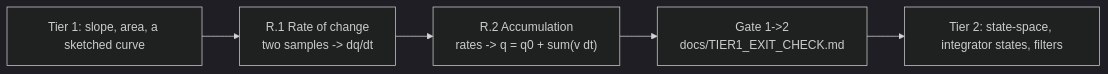
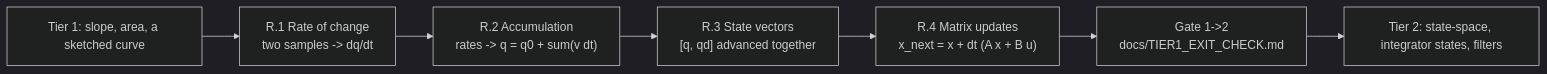
One commit to TLE47/Mechatronics-Roadmap changed the diagram in ramp/README.md. Above: the diagram before and after it, drawn with Mermaid (dark theme). The commit also changed other lines of this file and 11 other files, not shown here.

````diff
--- a/ramp/README.md
+++ b/ramp/README.md
@@ -9,7 +9,9 @@
 ```mermaid
 flowchart LR
     T1["Tier 1: slope, area, a sketched curve"] --> R1["R.1 Rate of change<br/>two samples -> dq/dt"]
     R1 --> R2["R.2 Accumulation<br/>rates -> q = q0 + sum(v dt)"]
-    R2 --> Gate["Gate 1->2<br/>docs/TIER1_EXIT_CHECK.md"]
+    R2 --> R3["R.3 State vectors<br/>[q, qd] advanced together"]
+    R3 --> R4["R.4 Matrix updates<br/>x_next = x + dt (A x + B u)"]
+    R4 --> Gate["Gate 1->2<br/>docs/TIER1_EXIT_CHECK.md"]
     Gate --> T2["Tier 2: state-space, integrator states, filters"]
 ```
````
